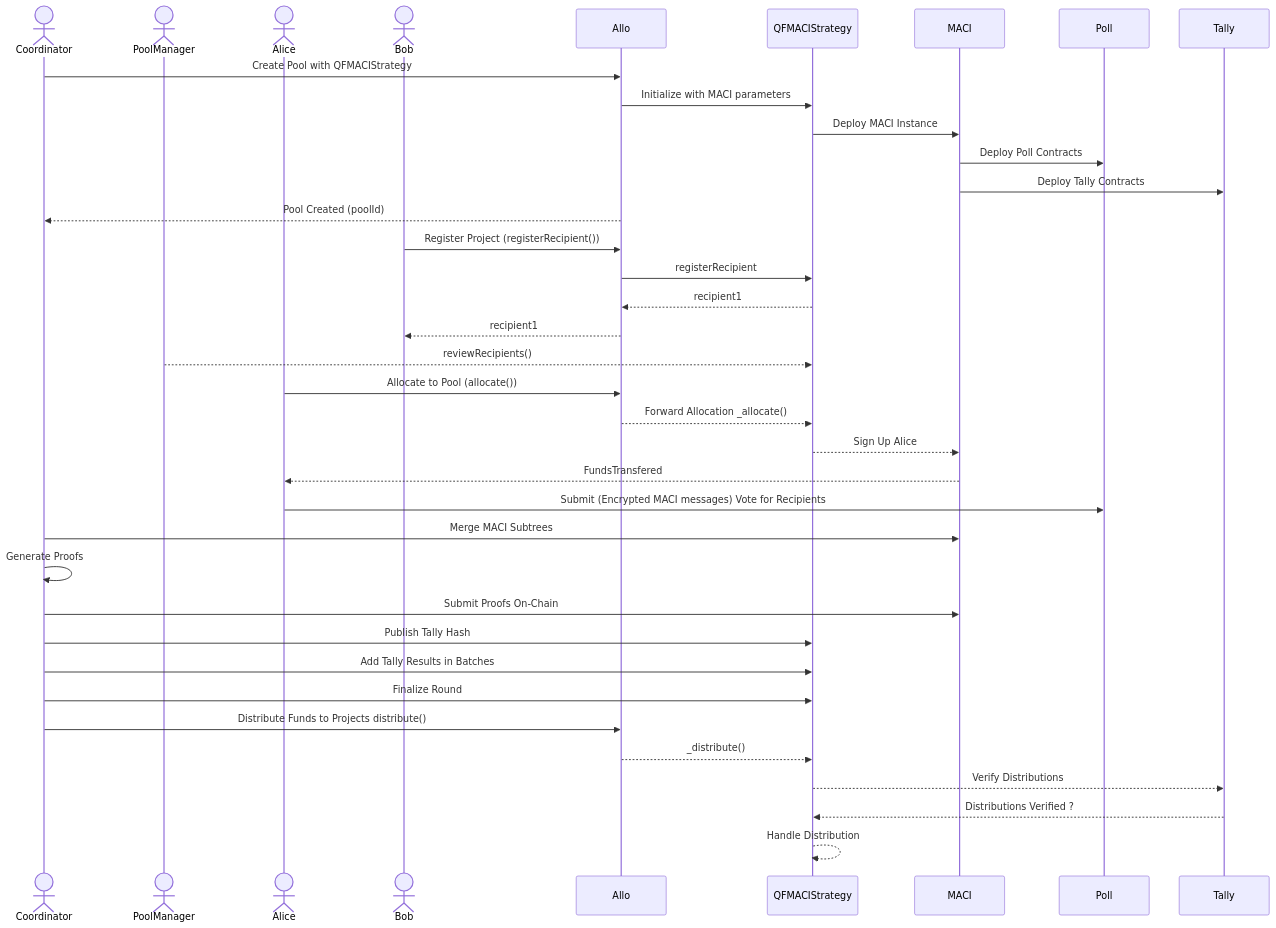
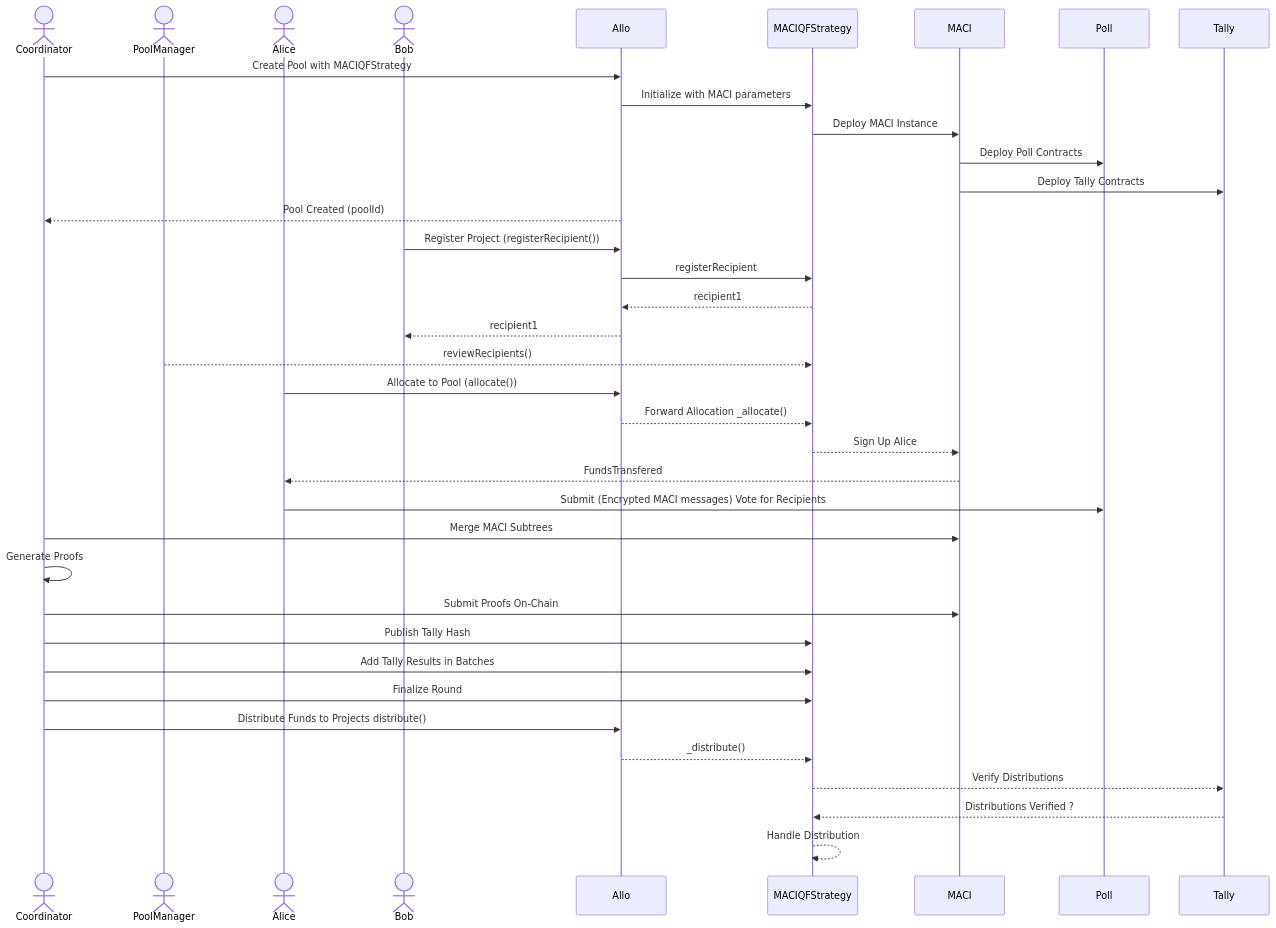
The diagram in contracts/README.md (gitcoinco/MACI_QF), drawn with Mermaid before and after one commit. The commit also changed other lines of this file, not shown here.

Commit message:
Diagram updates

````diff
--- a/contracts/README.md
+++ b/contracts/README.md
@@ -90,56 +89,56 @@
 ```mermaid
 sequenceDiagram
   actor Coordinator
   actor PoolManager
   actor Alice
   actor Bob
   participant Allo
-  participant QFMACIStrategy
+  participant MACIQFStrategy
   participant MACI
   participant Poll
   participant Tally
 
   %% Initialization and Deployment
-  Coordinator->>Allo: Create Pool with QFMACIStrategy
-  Allo->>QFMACIStrategy: Initialize with MACI parameters
-  QFMACIStrategy->>MACI: Deploy MACI Instance
+  Coordinator->>Allo: Create Pool with MACIQFStrategy
+  Allo->>MACIQFStrategy: Initialize with MACI parameters
+  MACIQFStrategy->>MACI: Deploy MACI Instance
   MACI->>Poll: Deploy Poll Contracts
   MACI->>Tally: Deploy Tally Contracts
   Allo -->>Coordinator: Pool Created (poolId)
 
   %% Bob Adds Project
   Bob->>Allo: Register Project (registerRecipient())
-  Allo->>QFMACIStrategy: registerRecipient
-  QFMACIStrategy-->>Allo: recipient1
+  Allo->>MACIQFStrategy: registerRecipient
+  MACIQFStrategy-->>Allo: recipient1
   Allo-->>Bob: recipient1
 
   %% Review Phase by Pool Manager
-  PoolManager-->>QFMACIStrategy: reviewRecipients()
+  PoolManager-->>MACIQFStrategy: reviewRecipients()
 
   %% Alice Allocates to Pool
   Alice->>Allo: Allocate to Pool (allocate())
-  Allo-->>QFMACIStrategy: Forward Allocation _allocate()
-  QFMACIStrategy-->>MACI: Sign Up Alice
+  Allo-->>MACIQFStrategy: Forward Allocation _allocate()
+  MACIQFStrategy-->>MACI: Sign Up Alice
   MACI-->>Alice: FundsTransfered 
 
    %% Voting Phase
   Alice->>Poll: Submit (Encrypted MACI messages) Vote for Recipients
 
   %% Tally Phase
   Coordinator->>MACI: Merge MACI Subtrees
   Coordinator->>Coordinator: Generate Proofs
   Coordinator->>MACI: Submit Proofs On-Chain
-  Coordinator->>QFMACIStrategy: Publish Tally Hash
-  Coordinator->>QFMACIStrategy: Add Tally Results in Batches
+  Coordinator->>MACIQFStrategy: Publish Tally Hash
+  Coordinator->>MACIQFStrategy: Add Tally Results in Batches
 
   %% Finalization Phase
-  Coordinator->>QFMACIStrategy: Finalize Round
+  Coordinator->>MACIQFStrategy: Finalize Round
 
   %% Distribution Phase
   Coordinator->>Allo: Distribute Funds to Projects distribute()
-  Allo-->>QFMACIStrategy: _distribute()
-  QFMACIStrategy-->>Tally: Verify Distributions
-  Tally-->>QFMACIStrategy: Distributions Verified ? 
-  QFMACIStrategy-->>QFMACIStrategy: Handle Distribution
+  Allo-->>MACIQFStrategy: _distribute()
+  MACIQFStrategy-->>Tally: Verify Distributions
+  Tally-->>MACIQFStrategy: Distributions Verified ? 
+  MACIQFStrategy-->>MACIQFStrategy: Handle Distribution
 
 ```
````
